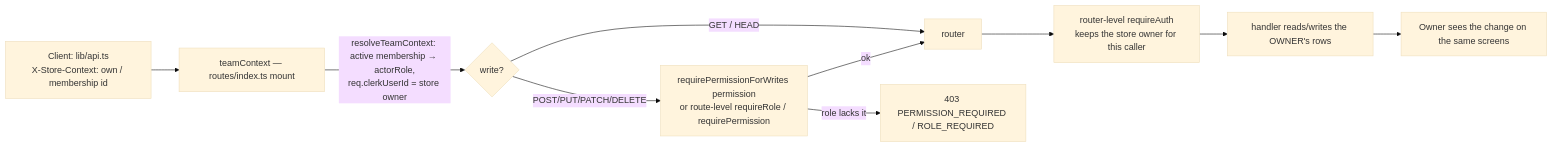
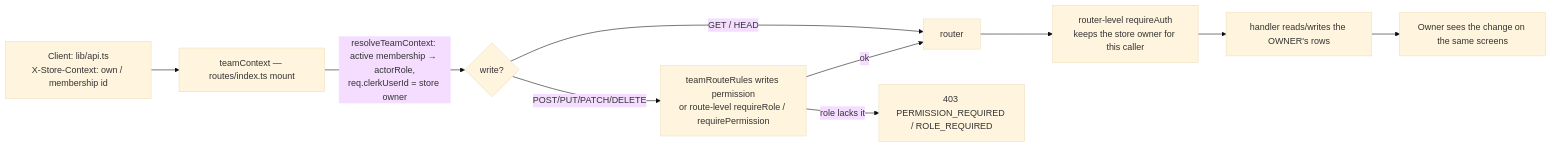
The second of 2 diagrams in docs/flows/team-roles.md (externaldev21-sketch/brandthread), drawn with Mermaid (base theme) before and after one commit. The commit also changed other lines of this file, not shown here.

First line of the commit message:
docs/flows/team-roles.md: rules now live in teamRouteRules.ts

````diff
--- a/docs/flows/team-roles.md
+++ b/docs/flows/team-roles.md
@@ -15,12 +15,12 @@
 ```mermaid
 flowchart LR
   C[Client: lib/api.ts<br/>X-Store-Context: own / membership id] --> TC[teamContext — routes/index.ts mount]
   TC -->|resolveTeamContext: active membership → actorRole,<br/>req.clerkUserId = store owner| G{write?}
   G -->|GET / HEAD| R[router]
-  G -->|POST/PUT/PATCH/DELETE| P[requirePermissionForWrites permission<br/>or route-level requireRole / requirePermission]
+  G -->|POST/PUT/PATCH/DELETE| P[teamRouteRules writes permission<br/>or route-level requireRole / requirePermission]
   P -->|role lacks it| X[403 PERMISSION_REQUIRED / ROLE_REQUIRED]
   P -->|ok| R
   R --> RA[router-level requireAuth<br/>keeps the store owner for this caller]
   RA --> H[handler reads/writes the OWNER's rows]
   H --> OW[Owner sees the change on the same screens]
 ```
````
